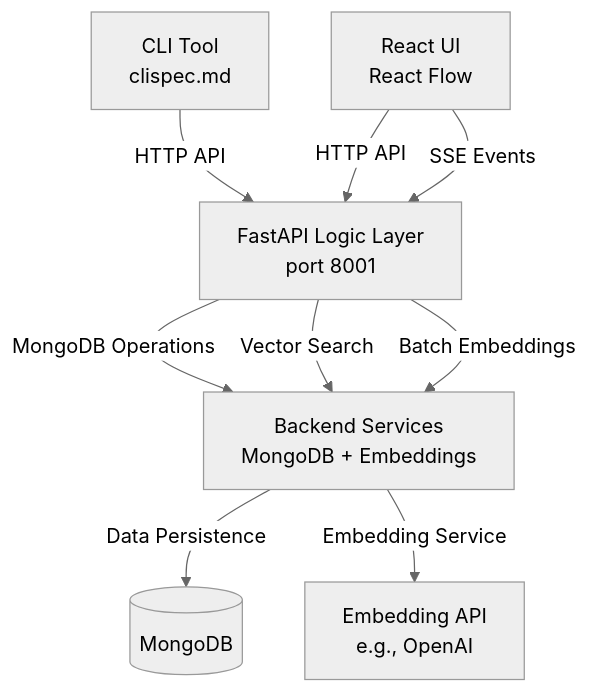
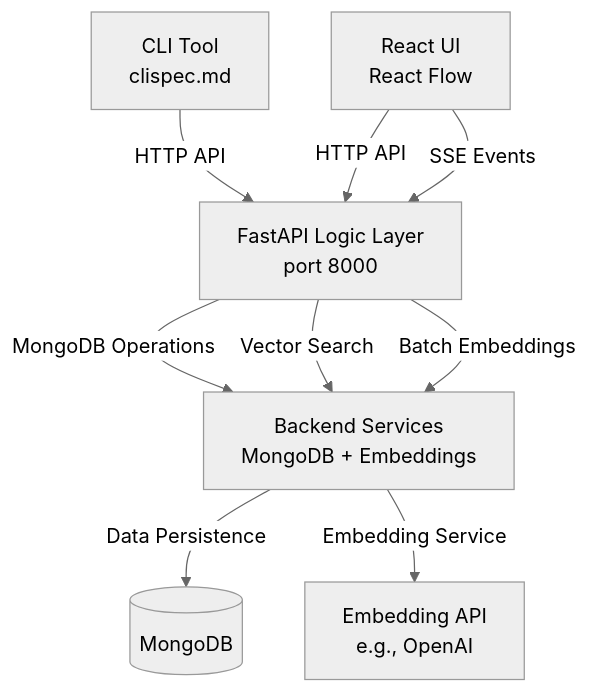
The first of 4 diagrams in fast/architecture.md (marcospolanco/context-relay), drawn with Mermaid (neutral theme) before and after one commit. The commit also changed other lines of this file and 21 other files, not shown here.

````diff
--- a/fast/architecture.md
+++ b/fast/architecture.md
@@ -7,13 +11,13 @@
 ```mermaid
 graph TB
-    CLI[CLI Tool<br/>clispec.md] -->|HTTP API| LOGIC[FastAPI Logic Layer<br/>port 8001]
+    CLI[CLI Tool<br/>clispec.md] -->|HTTP API| LOGIC[FastAPI Logic Layer<br/>port 8000]
     UI[React UI<br/>React Flow] -->|HTTP API| LOGIC
     UI -->|SSE Events| LOGIC
 
     LOGIC -->|MongoDB Operations| BACKEND[Backend Services<br/>MongoDB + Embeddings]
     LOGIC -->|Vector Search| BACKEND
     LOGIC -->|Batch Embeddings| BACKEND
 
     BACKEND -->|Data Persistence| DB[(MongoDB)]
     BACKEND -->|Embedding Service| EMBED[Embedding API<br/>e.g., OpenAI]
 ```
````
